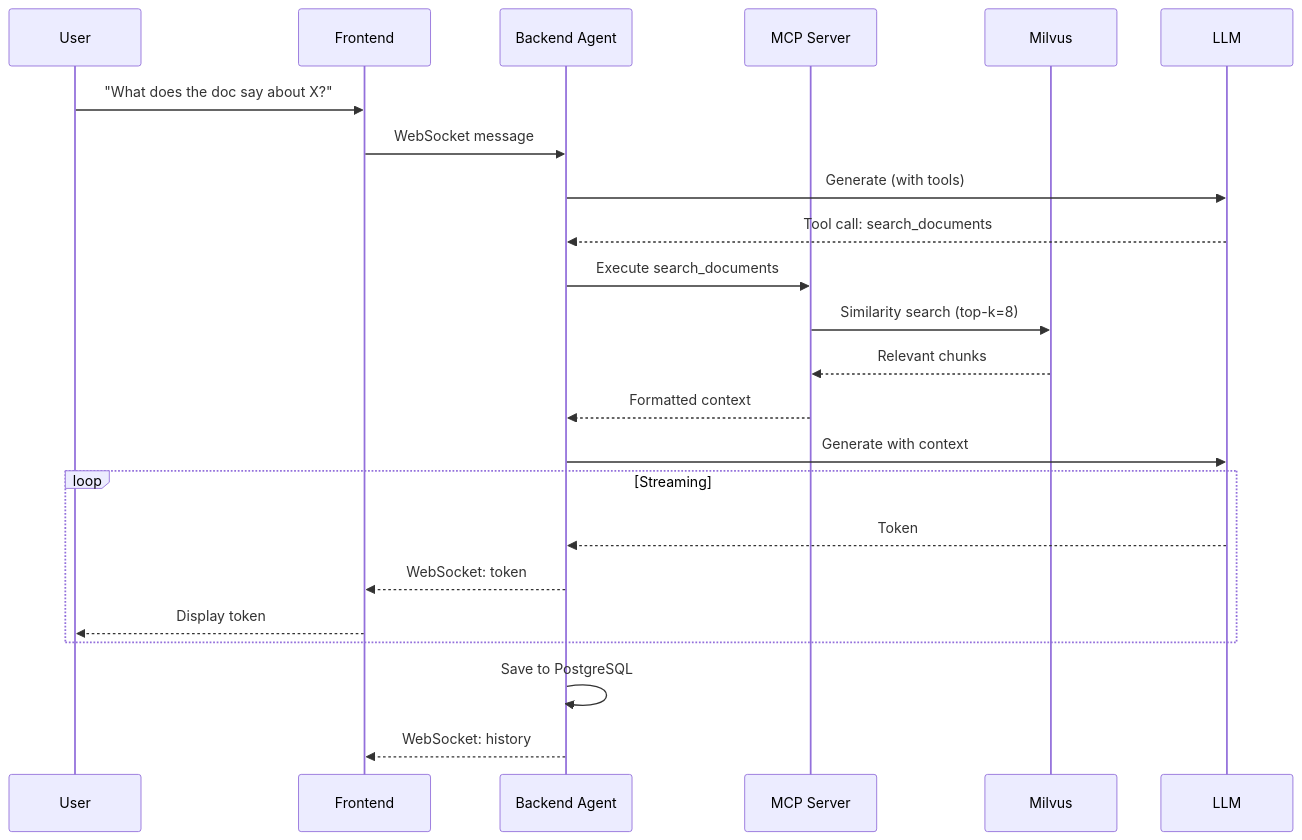
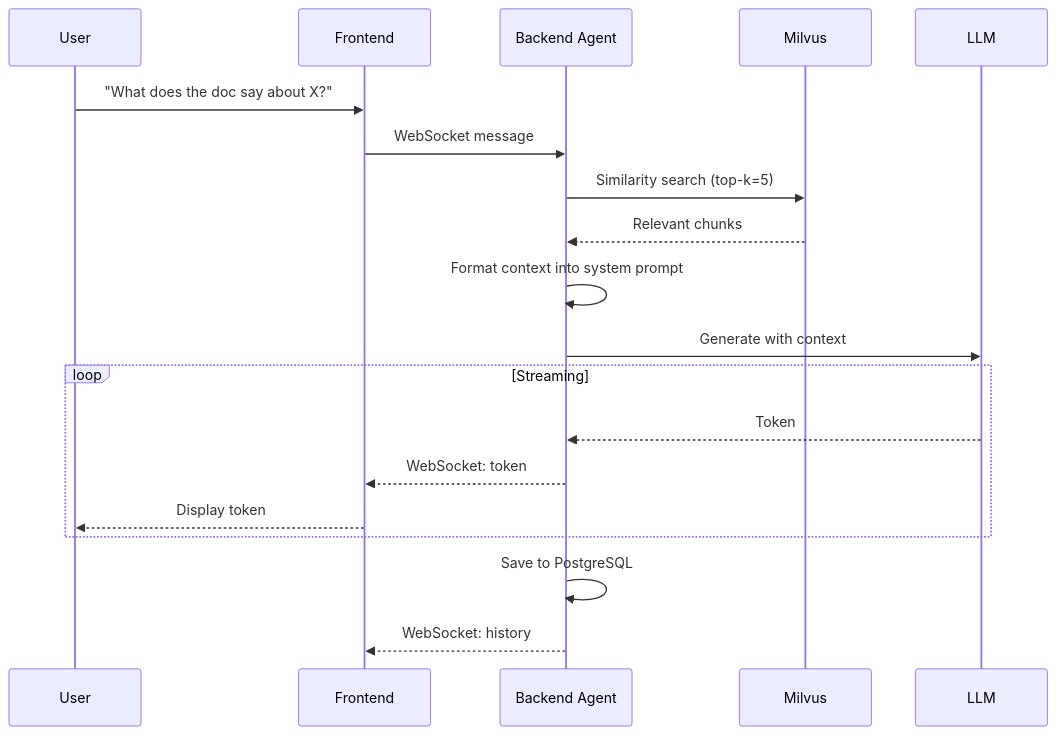
Before and after one commit to devgig/rag-agent-chatbot: the third of 3 diagrams in README.md, drawn with Mermaid. The commit also changed other lines of this file and 14 other files, not shown here.

````diff
--- a/README.md
+++ b/README.md
@@ -115,31 +107,26 @@
 ```mermaid
 sequenceDiagram
     participant User
     participant Frontend
     participant Backend as Backend Agent
-    participant MCP as MCP Server
     participant Milvus
     participant LLM
 
     User->>Frontend: "What does the doc say about X?"
     Frontend->>Backend: WebSocket message
 
-    Backend->>LLM: Generate (with tools)
-    LLM-->>Backend: Tool call: search_documents
+    Backend->>Milvus: Similarity search (top-k=5)
+    Milvus-->>Backend: Relevant chunks
 
-    Backend->>MCP: Execute search_documents
-    MCP->>Milvus: Similarity search (top-k=8)
-    Milvus-->>MCP: Relevant chunks
-    MCP-->>Backend: Formatted context
-
+    Backend->>Backend: Format context into system prompt
     Backend->>LLM: Generate with context
 
     loop Streaming
         LLM-->>Backend: Token
         Backend-->>Frontend: WebSocket: token
         Frontend-->>User: Display token
     end
 
     Backend->>Backend: Save to PostgreSQL
     Backend-->>Frontend: WebSocket: history
 ```
````
